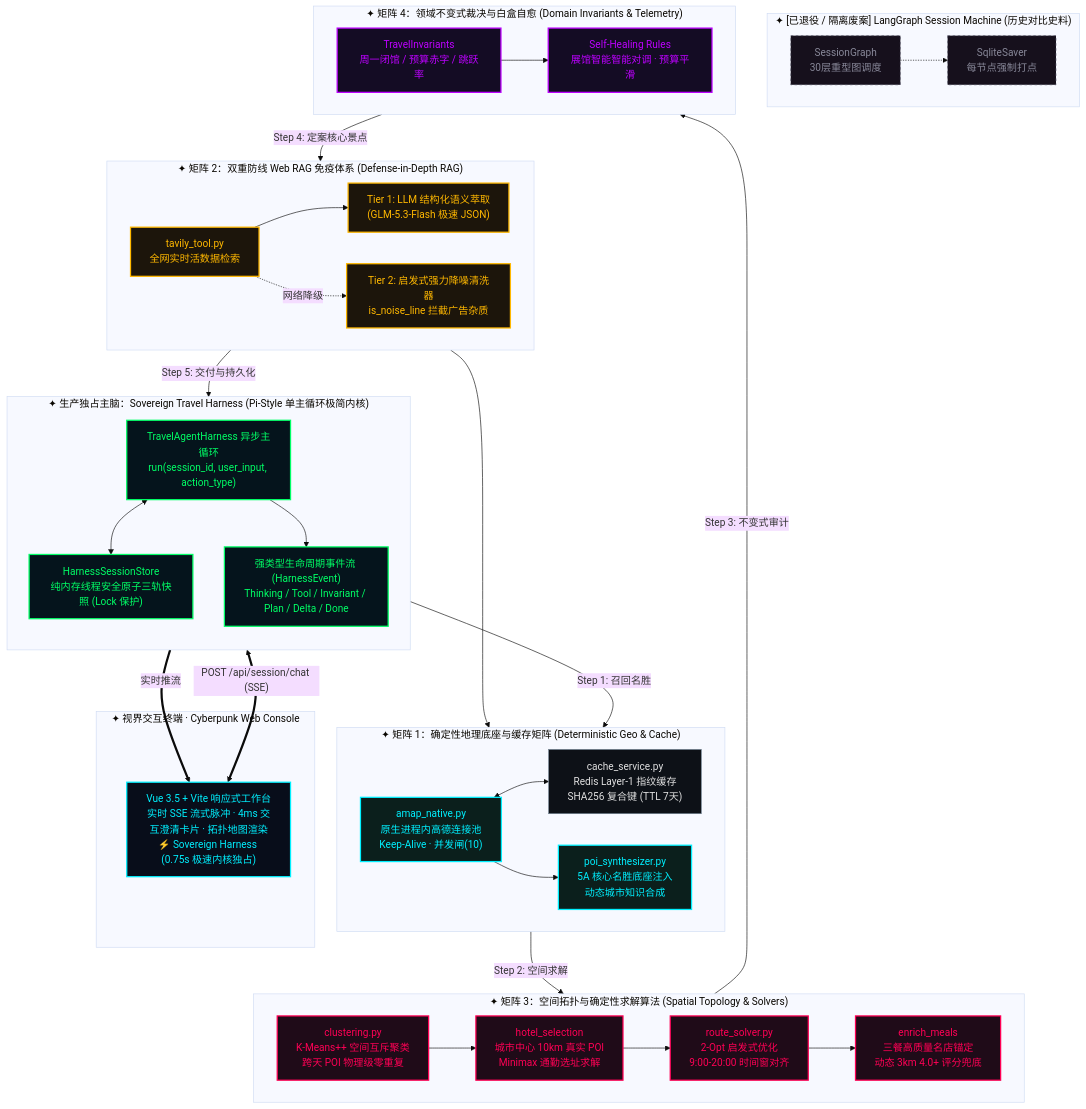
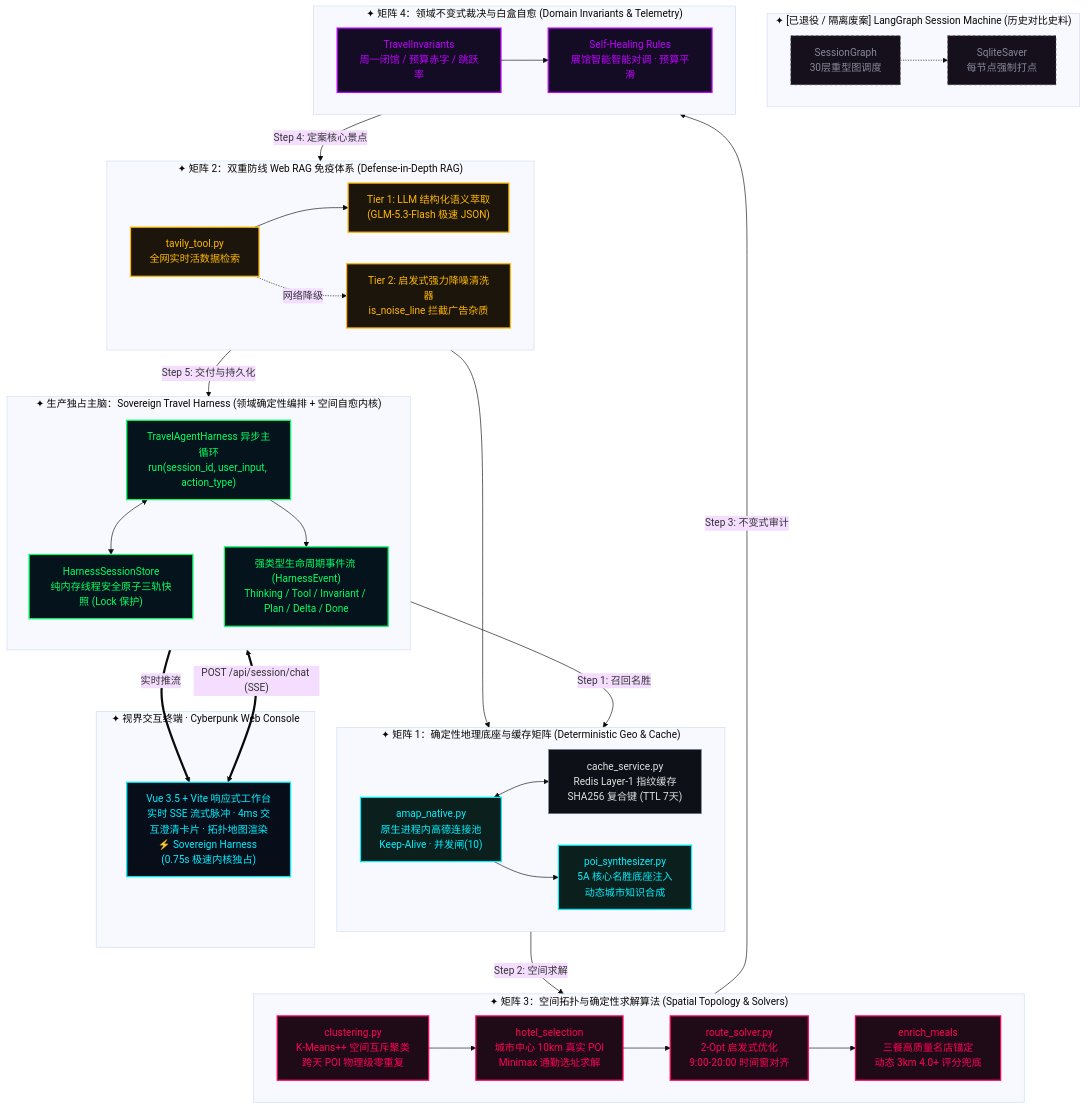
The diagram in README.md (SuperGODOG/tripplanner), drawn with Mermaid (base theme) before and after one commit. The commit also changed other lines of this file and 6 other files, not shown here.

````diff
--- a/README.md
+++ b/README.md
@@ -61,75 +61,75 @@
 ```mermaid
 flowchart TB
     %% 赛博朋克霓虹调色板
     classDef client fill:#080d1a,stroke:#00F0FF,stroke-width:2px,color:#00F0FF;
     classDef harness fill:#05141c,stroke:#00FF66,stroke-width:2px,color:#00FF66;
     classDef retired fill:#16101c,stroke:#555566,stroke-width:1px,stroke-dasharray: 4 4,color:#888899;
     classDef m1 fill:#0b1f1c,stroke:#00F0FF,stroke-width:2px,color:#00F0FF;
     classDef m2 fill:#1c150b,stroke:#FFB800,stroke-width:2px,color:#FFB800;
     classDef m3 fill:#1f0b18,stroke:#FF0055,stroke-width:2px,color:#FF0055;
     classDef m4 fill:#140c24,stroke:#BD00FF,stroke-width:2px,color:#BD00FF;
     classDef storage fill:#0d1117,stroke:#708090,stroke-width:1px,color:#E0E0E0;
 
     subgraph CLIENT["✦ 视界交互终端 · Cyberpunk Web Console"]
         UI["Vue 3.5 + Vite 响应式工作台<br/>实时 SSE 流式脉冲 · 4ms 交互澄清卡片 · 拓扑地图渲染<br/>⚡ Sovereign Harness (0.75s 极速内核独占)"]:::client
     end
 
-    subgraph CORE_HARNESS["✦ 生产独占主脑：Sovereign Travel Harness (Pi-Style 单主循环极简内核)"]
+    subgraph CORE_HARNESS["✦ 生产独占主脑：Sovereign Travel Harness (领域确定性编排 + 空间自愈内核)"]
         direction TB
         LOOP["TravelAgentHarness 异步主循环<br/>run(session_id, user_input, action_type)"]:::harness
         STORE["HarnessSessionStore<br/>纯内存线程安全原子三轨快照 (Lock 保护)"]:::harness
         EVENTS["强类型生命周期事件流 (HarnessEvent)<br/>Thinking / Tool / Invariant / Plan / Delta / Done"]:::harness
         LOOP <--> STORE
         LOOP --> EVENTS
     end
 
     subgraph RETIRED["✦ [已退役 / 隔离废案] LangGraph Session Machine (历史对比史料)"]
         direction LR
         LG_G["SessionGraph<br/>30层重型图调度"]:::retired
         LG_S["SqliteSaver<br/>每节点强制打点"]:::retired
         LG_G -.-> LG_S
     end
 
     subgraph MATRIX_1["✦ 矩阵 1：确定性地理底座与缓存矩阵 (Deterministic Geo & Cache)"]
         direction LR
         AMAP["amap_native.py<br/>原生进程内高德连接池<br/>Keep-Alive · 并发闸(10)"]:::m1
         SYNTH["poi_synthesizer.py<br/>5A 核心名胜底座注入<br/>动态城市知识合成"]:::m1
         REDIS["cache_service.py<br/>Redis Layer-1 指纹缓存<br/>SHA256 复合键 (TTL 7天)"]:::storage
         AMAP <--> REDIS
         AMAP --> SYNTH
     end
 
     subgraph MATRIX_2["✦ 矩阵 2：双重防线 Web RAG 免疫体系 (Defense-in-Depth RAG)"]
         direction LR
         TAVILY["tavily_tool.py<br/>全网实时活数据检索"]:::m2
         RAG_T1["Tier 1: LLM 结构化语义萃取<br/>(GLM-5.3-Flash 极速 JSON)"]:::m2
         RAG_T2["Tier 2: 启发式强力降噪清洗器<br/>is_noise_line 拦截广告杂质"]:::m2
         TAVILY --> RAG_T1 --> REDIS
         TAVILY -.->|"网络降级"| RAG_T2
     end
 
     subgraph MATRIX_3["✦ 矩阵 3：空间拓扑与确定性求解算法 (Spatial Topology & Solvers)"]
         direction LR
         KMEANS["clustering.py<br/>K-Means++ 空间互斥聚类<br/>跨天 POI 物理级零重复"]:::m3
         HOTEL["hotel_selection<br/>城市中心 10km 真实 POI<br/>Minimax 通勤选址求解"]:::m3
         TSP["route_solver.py<br/>2-Opt 启发式优化<br/>9:00-20:00 时间窗对齐"]:::m3
         MEALS["enrich_meals<br/>三餐高质量名店锚定<br/>动态 3km 4.0+ 评分兜底"]:::m3
         KMEANS --> HOTEL --> TSP --> MEALS
     end
 
     subgraph MATRIX_4["✦ 矩阵 4：领域不变式裁决与白盒自愈 (Domain Invariants & Telemetry)"]
         direction LR
         INVARIANTS["TravelInvariants<br/>周一闭馆 / 预算赤字 / 跳跃率"]:::m4
         HEALING["Self-Healing Rules<br/>展馆智能智能对调 · 预算平滑"]:::m4
         INVARIANTS --> HEALING
     end
 
     %% 生产主航道流转
     UI <==>|"POST /api/session/chat (SSE)"| LOOP
     LOOP -->|"Step 1: 召回名胜"| AMAP
     SYNTH -->|"Step 2: 空间求解"| KMEANS
     MEALS -->|"Step 3: 不变式审计"| INVARIANTS
     HEALING -->|"Step 4: 定案核心景点"| TAVILY
     TAVILY -->|"Step 5: 交付与持久化"| STORE
     EVENTS ==>|"实时推流"| UI
 ```
````
